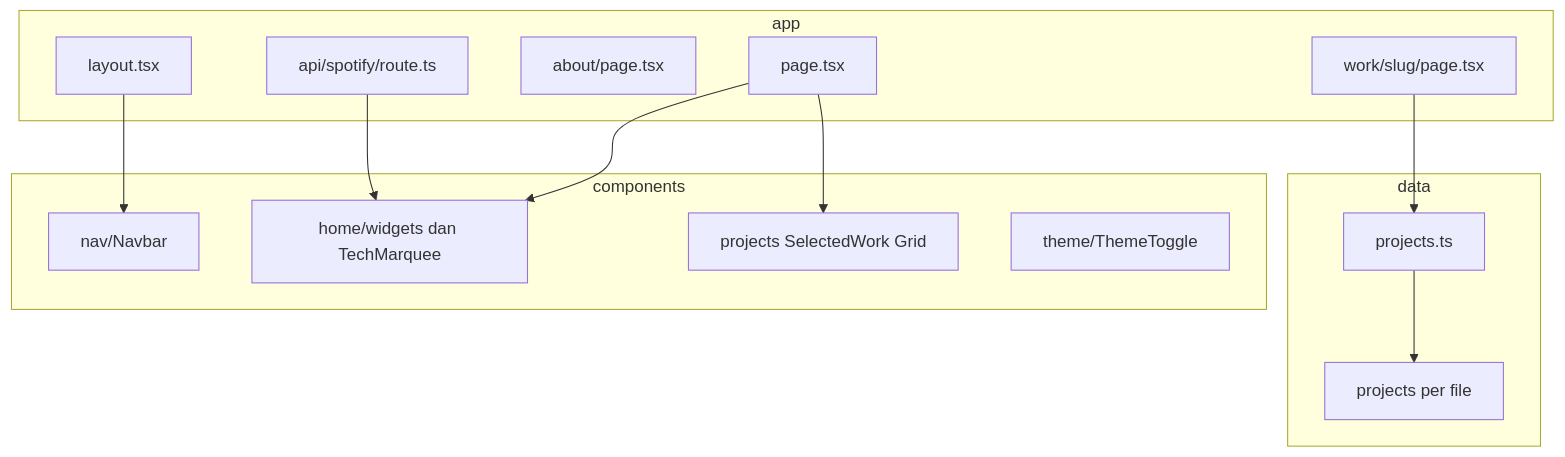
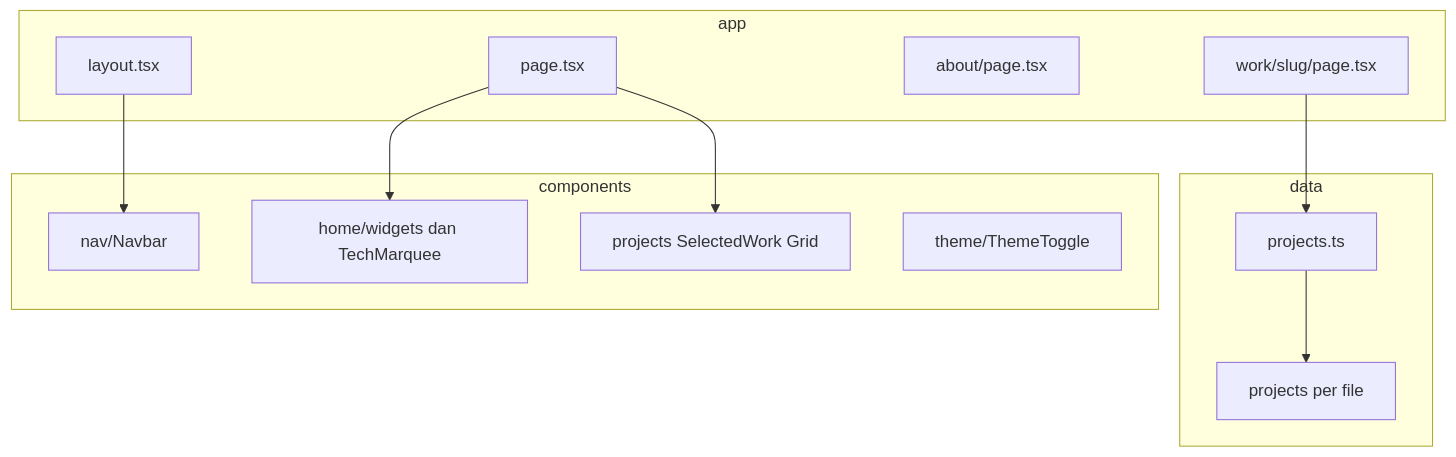
Before and after one commit to m4sbay/Portfolio: the diagram in PORTFOLIO-OVERVIEW.md, drawn with Mermaid. The commit also changed other lines of this file and 38 other files, not shown here.

````diff
--- a/PORTFOLIO-OVERVIEW.md
+++ b/PORTFOLIO-OVERVIEW.md
@@ -97,26 +96,24 @@
 ```mermaid
 flowchart TB
   subgraph appLayer [app]
     layout[layout.tsx]
     pageHome[page.tsx]
     about[about/page.tsx]
     workSlug[work/slug/page.tsx]
-    apiSpotify[api/spotify/route.ts]
   end
   subgraph dataLayer [data]
     projectsTs[projects.ts]
     projectFiles[projects per file]
   end
   subgraph uiLayer [components]
     nav[nav/Navbar]
     homeWidgets[home/widgets dan TechMarquee]
     projectsUi[projects SelectedWork Grid]
     theme[theme/ThemeToggle]
   end
   layout --> nav
   pageHome --> homeWidgets
   pageHome --> projectsUi
   workSlug --> projectsTs
-  apiSpotify --> homeWidgets
   projectsTs --> projectFiles
 ```
````
